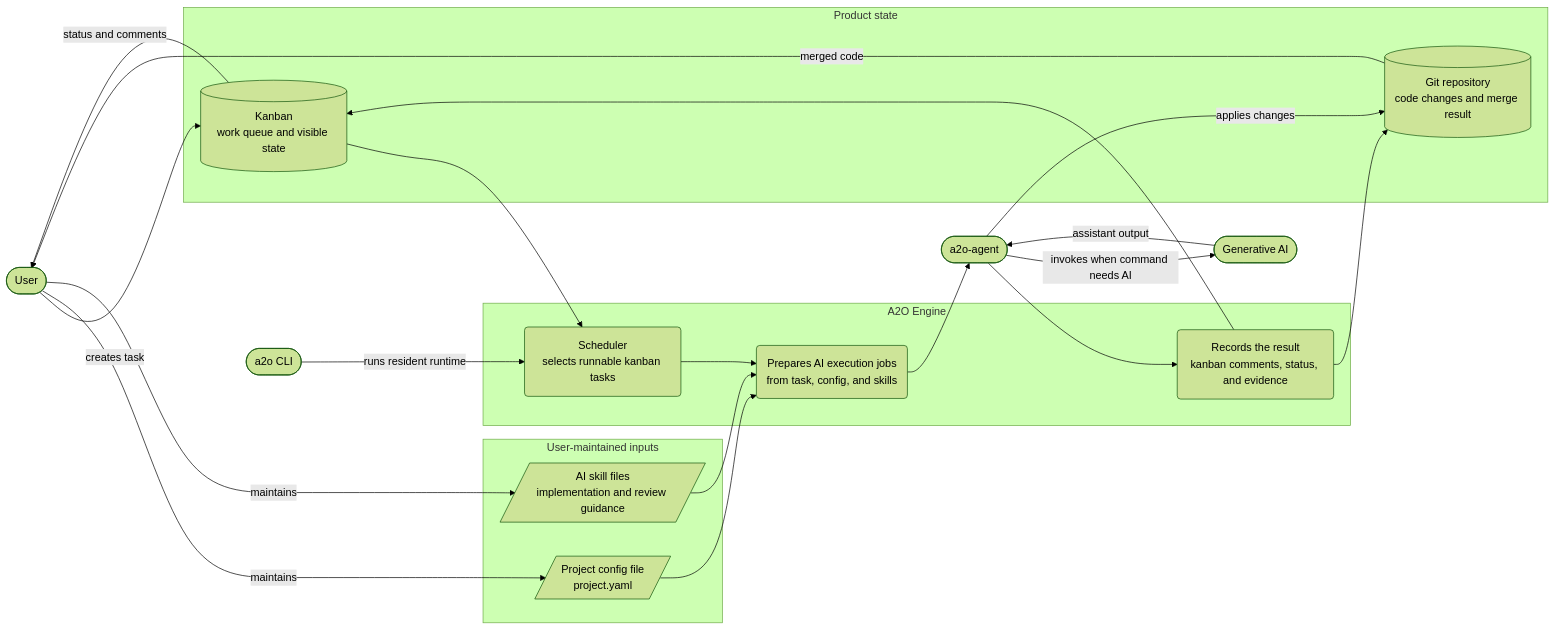
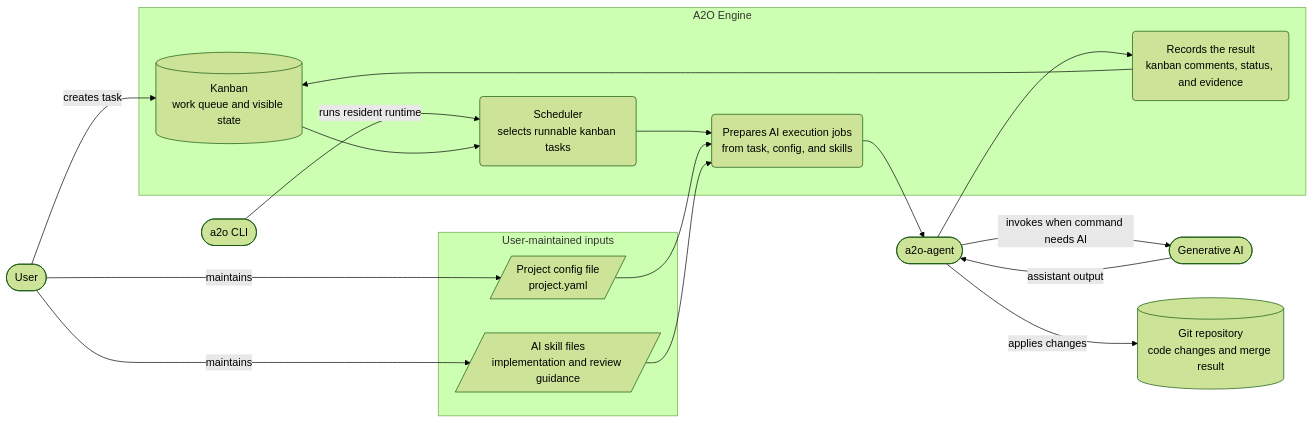
Before and after one commit to wamukat/a2o: the diagram in docs/en/dev/00-design-map.md, drawn with Mermaid (forest theme). The commit also changed other lines of this file and 1 other file, not shown here.

Commit message:
A2O#88 Clarify kanban and git diagram boundaries

````diff
--- a/docs/en/dev/00-design-map.md
+++ b/docs/en/dev/00-design-map.md
@@ -14,41 +14,36 @@
 ```mermaid
 flowchart LR
   User([User])
   CLI([a2o CLI])
   Agent([a2o-agent])
   AI([Generative AI])
 
   subgraph Inputs["User-maintained inputs"]
     ProjectConfig[/Project config file\nproject.yaml/]
     SkillFiles[/AI skill files\nimplementation and review guidance/]
   end
 
-  subgraph Product["Product state"]
+  subgraph Engine["A2O Engine"]
     Kanban[(Kanban\nwork queue and visible state)]
-    Repository[(Git repository\ncode changes and merge result)]
-  end
-
-  subgraph Engine["A2O Engine"]
     Scheduler(Scheduler\nselects runnable kanban tasks)
     Prepare(Prepares AI execution jobs\nfrom task, config, and skills)
     Report(Records the result\nkanban comments, status, and evidence)
   end
+
+  Repository[(Git repository\ncode changes and merge result)]
 
   User -->|"creates task"| Kanban
   User -->|"maintains"| ProjectConfig
   User -->|"maintains"| SkillFiles
   CLI -->|"runs resident runtime"| Scheduler
   Kanban --> Scheduler
   Scheduler --> Prepare
   ProjectConfig --> Prepare
   SkillFiles --> Prepare
   Prepare --> Agent
   Agent -->|"invokes when command needs AI"| AI
   AI -->|"assistant output"| Agent
   Agent -->|"applies changes"| Repository
   Agent --> Report
-  Report --> Repository
   Report --> Kanban
-  Kanban -->|"status and comments"| User
-  Repository -->|"merged code"| User
 ```
````
